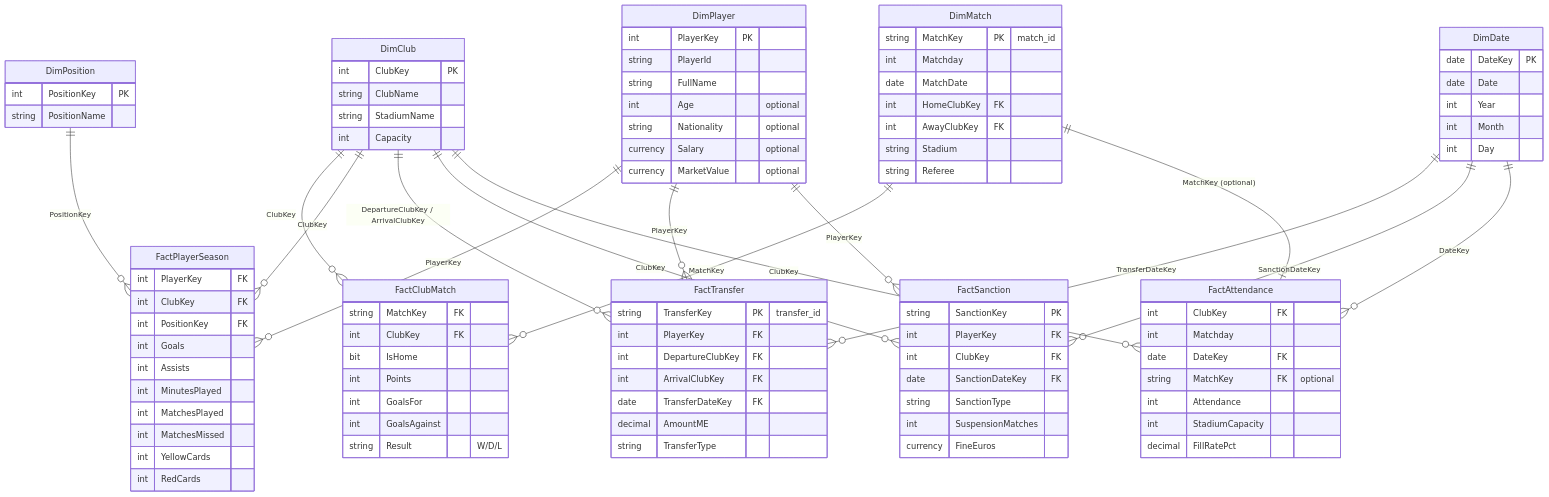
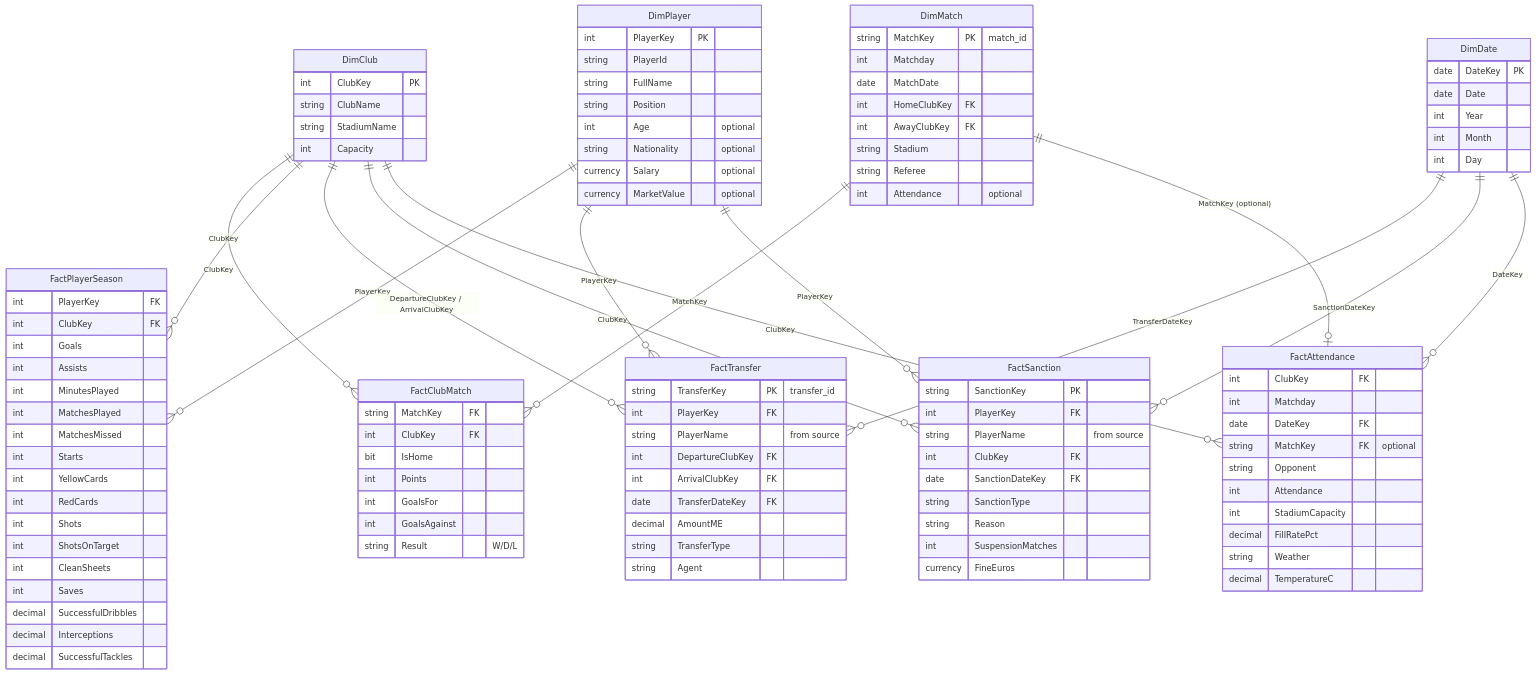
Before and after one commit to narekpirumyan/dataset-football-ligue1: the diagram in Docs/1_POWER_BI_STAR_SCHEMA_DESIGN.md, drawn with Mermaid. The commit also changed other lines of this file and 3 other files, not shown here.

Commit message:
Update Power BI documentation and dashboard files for Ligue 1 Season 2023-2024. Enhanced specifications with additional context on data sources, clarified schema design, and improved ETL processes. Updated binary dashboard file to reflect recent changes.

````diff
--- a/Docs/1_POWER_BI_STAR_SCHEMA_DESIGN.md
+++ b/Docs/1_POWER_BI_STAR_SCHEMA_DESIGN.md
@@ -26,7 +26,6 @@
     DimMatch ||--o{ FactClubMatch : "MatchKey"
     DimClub ||--o{ FactPlayerSeason : "ClubKey"
     DimPlayer ||--o{ FactPlayerSeason : "PlayerKey"
-    DimPosition ||--o{ FactPlayerSeason : "PositionKey"
     DimClub ||--o{ FactTransfer : "DepartureClubKey / ArrivalClubKey"
     DimPlayer ||--o{ FactTransfer : "PlayerKey"
     DimDate ||--o{ FactTransfer : "TransferDateKey"
@@ -48,15 +47,11 @@
         int PlayerKey PK
         string PlayerId
         string FullName
+        string Position
         int Age "optional"
         string Nationality "optional"
         currency Salary "optional"
         currency MarketValue "optional"
-    }
-
-    DimPosition {
-        int PositionKey PK
-        string PositionName
     }
 
     DimDate {
@@ -75,6 +70,7 @@
         int AwayClubKey FK
         string Stadium
         string Referee
+        int Attendance "optional"
     }
 
     FactClubMatch {
@@ -90,32 +86,43 @@
     FactPlayerSeason {
         int PlayerKey FK
         int ClubKey FK
-        int PositionKey FK
         int Goals
         int Assists
         int MinutesPlayed
         int MatchesPlayed
         int MatchesMissed
+        int Starts
         int YellowCards
         int RedCards
+        int Shots
+        int ShotsOnTarget
+        int CleanSheets
+        int Saves
+        decimal SuccessfulDribbles
+        decimal Interceptions
+        decimal SuccessfulTackles
     }
 
     FactTransfer {
         string TransferKey PK "transfer_id"
         int PlayerKey FK
+        string PlayerName "from source"
         int DepartureClubKey FK
         int ArrivalClubKey FK
         date TransferDateKey FK
         decimal AmountME
         string TransferType
+        string Agent
     }
 
     FactSanction {
         string SanctionKey PK
         int PlayerKey FK
+        string PlayerName "from source"
         int ClubKey FK
         date SanctionDateKey FK
         string SanctionType
+        string Reason
         int SuspensionMatches
         currency FineEuros
     }
@@ -125,8 +132,11 @@
         int Matchday
         date DateKey FK
         string MatchKey FK "optional"
+        string Opponent
         int Attendance
         int StadiumCapacity
         decimal FillRatePct
+        string Weather
+        decimal TemperatureC
     }
 ```
````
